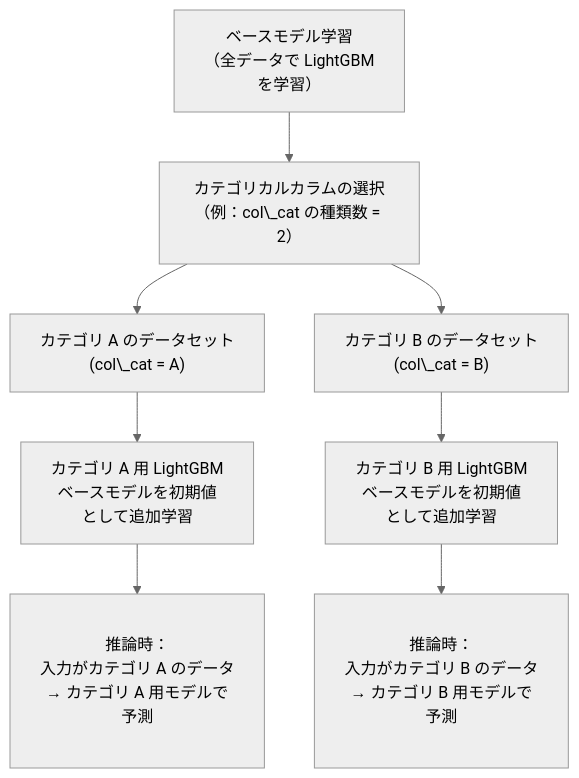
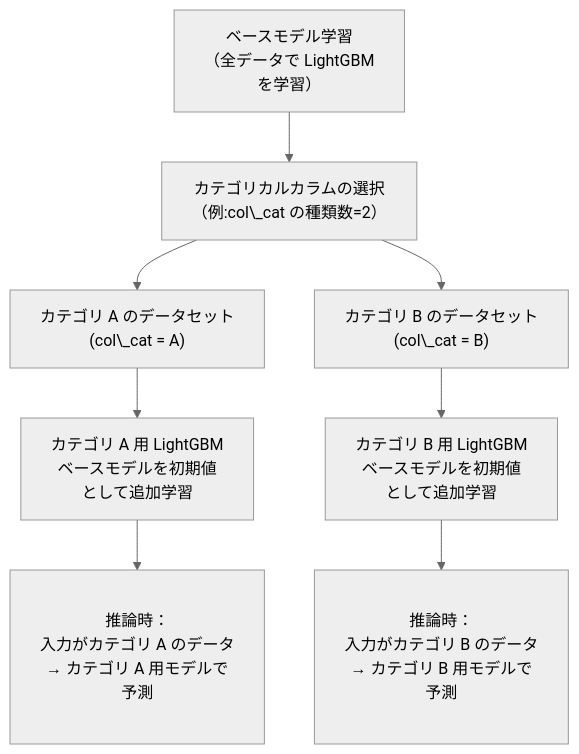
Before and after one commit to FatRicePaddyyyy/tef-review-manuscript: the diagram in model-ex.md, drawn with Mermaid (neutral theme). The commit also changed 3 other files, not shown here.

````diff
--- a/model-ex.md
+++ b/model-ex.md
@@ -1,18 +1,18 @@
 ```mermaid
 flowchart TD
 
     A["ベースモデル学習<br/>（全データで LightGBM<br/> を学習）"] --> 
-    B["カテゴリカルカラムの選択<br/>（例：col\_cat の種類数 = 2）"]
+    B["カテゴリカルカラムの選択<br/>（例:col\_cat の種類数=2）"]
 
     %% データセットの分割（2種類のカテゴリ）
     B --> B0["カテゴリ A のデータセット<br/>(col\_cat = A)"]
     B --> B1["カテゴリ B のデータセット<br/>(col\_cat = B)"]
 
     %% カテゴリごとの追加学習（LightGBM）
     B0 --> C0["カテゴリ A 用 LightGBM<br/>ベースモデルを初期値<br/>として追加学習"]
     B1 --> C1["カテゴリ B 用 LightGBM<br/>ベースモデルを初期値<br/>として追加学習"]
 
     %% 推論時のモデル選択
     C0 --> D["&nbsp;&nbsp;&nbsp;&nbsp;<br/>推論時：<br/> 入力がカテゴリ A のデータ<br/>→ カテゴリ A 用モデルで<br/>予測<br/>&nbsp;&nbsp;&nbsp;&nbsp;"]
     C1 --> E["&nbsp;&nbsp;&nbsp;&nbsp;<br/>推論時：<br/> 入力がカテゴリ B のデータ<br/>→ カテゴリ B 用モデルで<br/>予測<br/>&nbsp;&nbsp;&nbsp;&nbsp;"]
 ```
````
